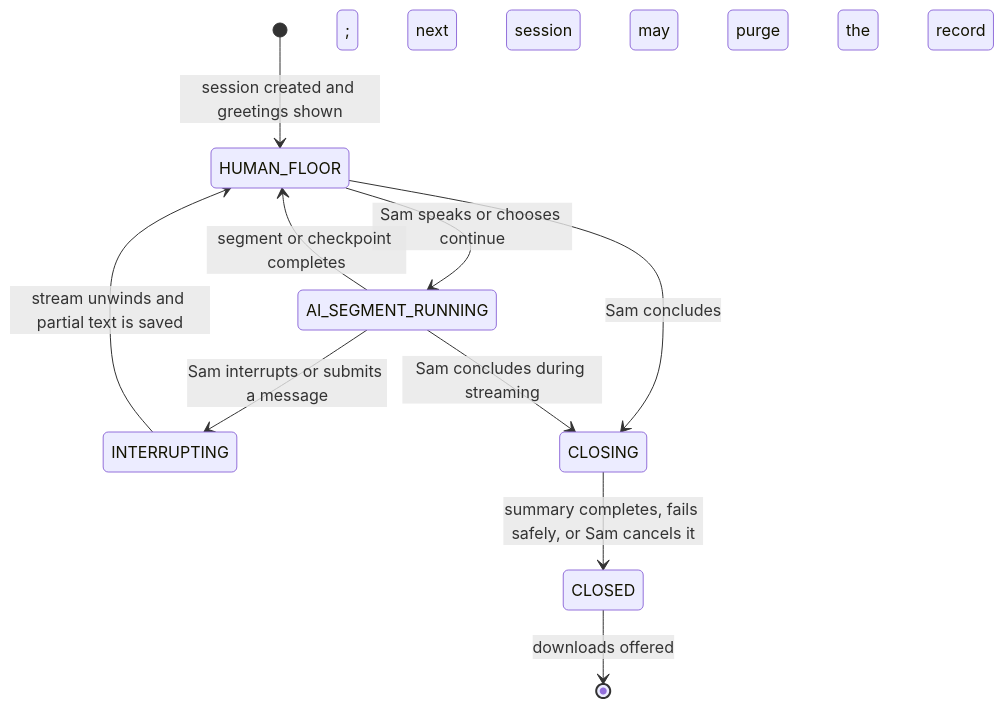
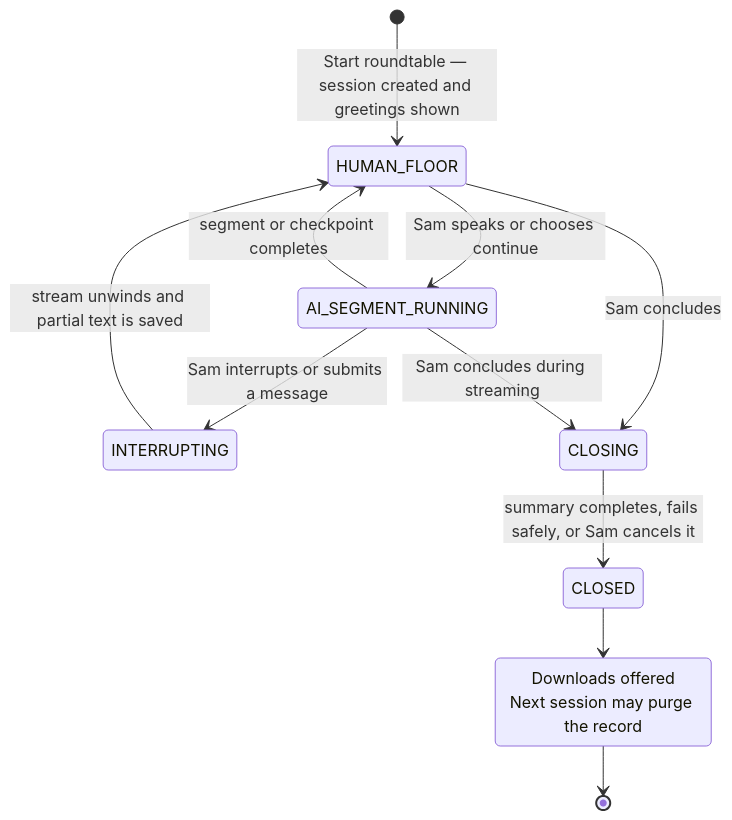
One commit to xinhuayu/academic-roundtable changed the second of 2 diagrams in docs/SYSTEM-SUMMARY.md. Above: the diagram before and after it, drawn with Mermaid.

Commit message:
update system summary

````diff
--- a/docs/SYSTEM-SUMMARY.md
+++ b/docs/SYSTEM-SUMMARY.md
@@ -145,12 +145,14 @@
 ```mermaid
 stateDiagram-v2
-    [*] --> HUMAN_FLOOR: session created and greetings shown
+    [*] --> HUMAN_FLOOR: Start roundtable — session created and greetings shown
     HUMAN_FLOOR --> AI_SEGMENT_RUNNING: Sam speaks or chooses continue
     AI_SEGMENT_RUNNING --> INTERRUPTING: Sam interrupts or submits a message
     INTERRUPTING --> HUMAN_FLOOR: stream unwinds and partial text is saved
     AI_SEGMENT_RUNNING --> HUMAN_FLOOR: segment or checkpoint completes
     HUMAN_FLOOR --> CLOSING: Sam concludes
     AI_SEGMENT_RUNNING --> CLOSING: Sam concludes during streaming
     CLOSING --> CLOSED: summary completes, fails safely, or Sam cancels it
-    CLOSED --> [*]: downloads offered; next session may purge the record
+    state "Downloads offered<br/>Next session may purge the record" as SESSION_COMPLETE
+    CLOSED --> SESSION_COMPLETE
+    SESSION_COMPLETE --> [*]
 ```
````
